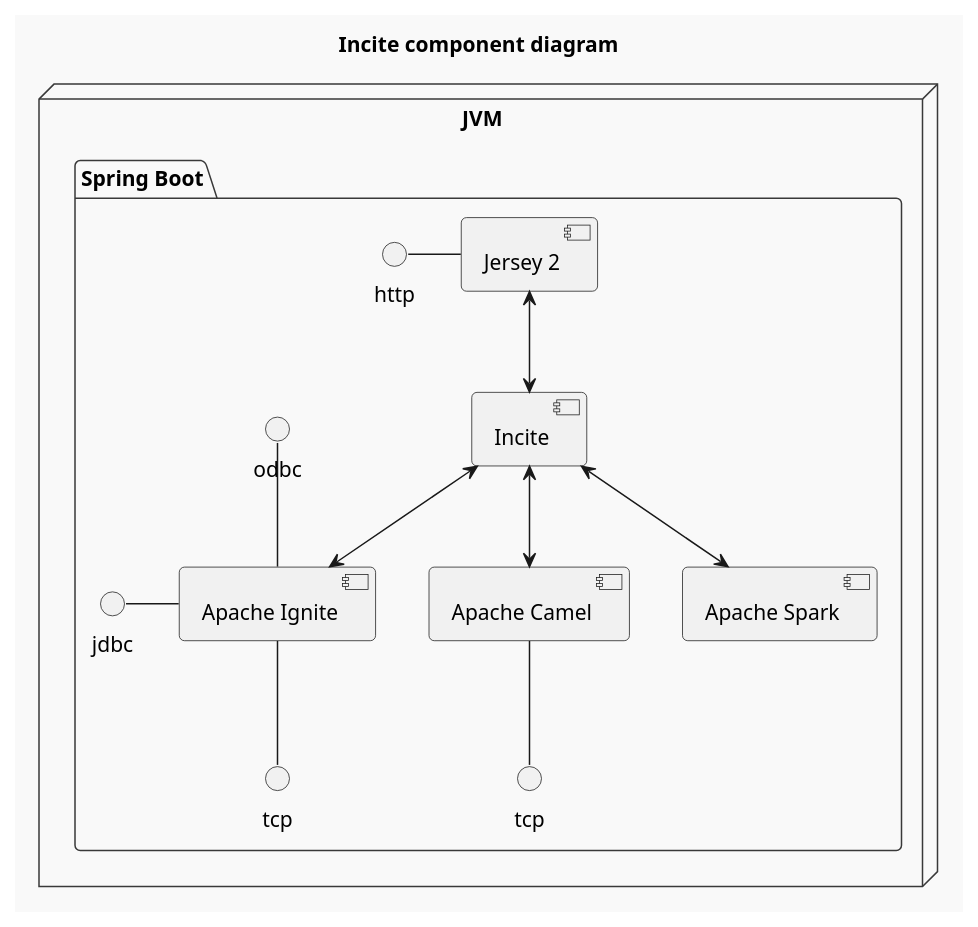
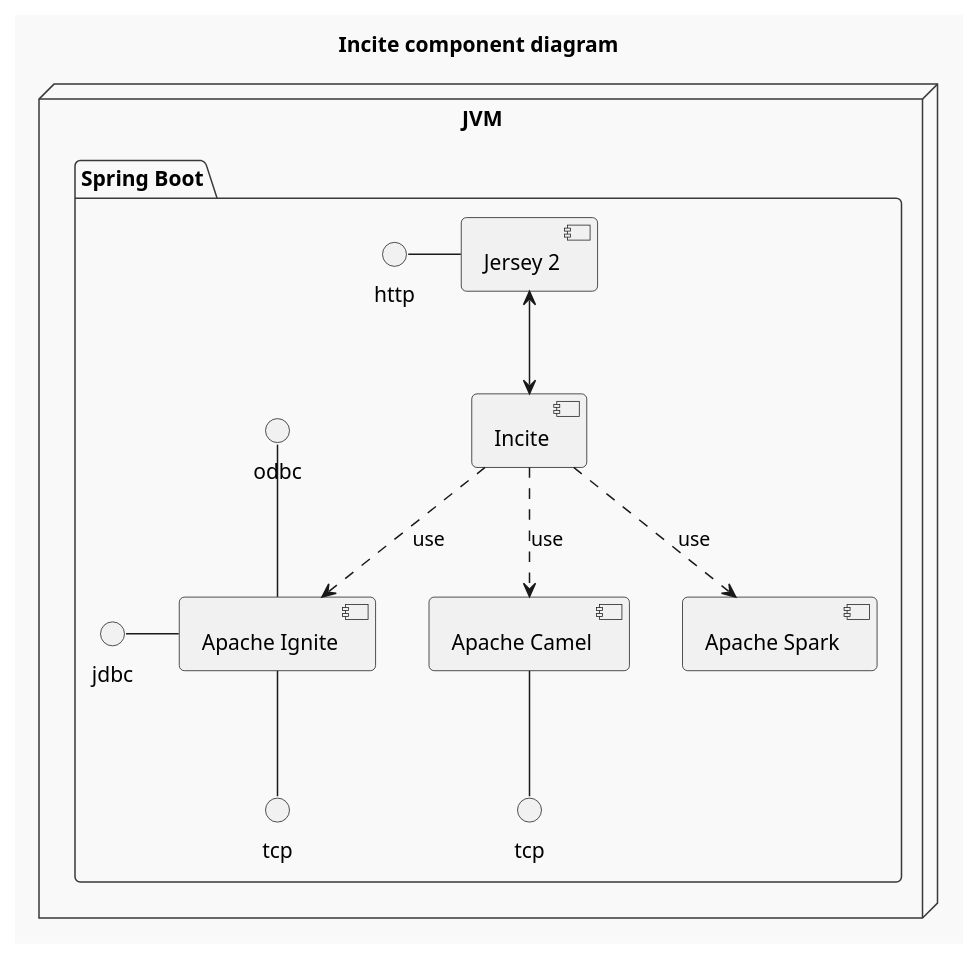
Before and after one commit to Stiggy-C/incite: the diagram in component_diagram.puml, drawn with PlantUML. The commit also changed 17 other files, not shown here.

```diff
--- a/component_diagram.puml
+++ b/component_diagram.puml
@@ -1,32 +1,32 @@
 @startuml
 'https://plantuml.com/component-diagram
 
 !theme mars
 
 title "Incite component diagram"
 
 node "JVM" {
     package "Spring Boot" {
         component "Apache Camel" as camel
         component "Apache Ignite" as ignite
         component "Apache Spark" as spark
         component "Incite" as incite
         component "Jersey 2" as jersey2
 
         interface "tcp" as tcp0
         interface "tcp" as tcp1
 
        http - jersey2
        jersey2 <--> incite
-       incite <--> camel
-       incite <--> ignite
-       incite <--> spark
+       incite ..> camel : use
+       incite ..> ignite : use
+       incite ..> spark : use
 
        jdbc -right- ignite
        odbc -down- ignite
        tcp0 -up- ignite
        tcp1 -up- camel
     }
 }
 
 @enduml
```
